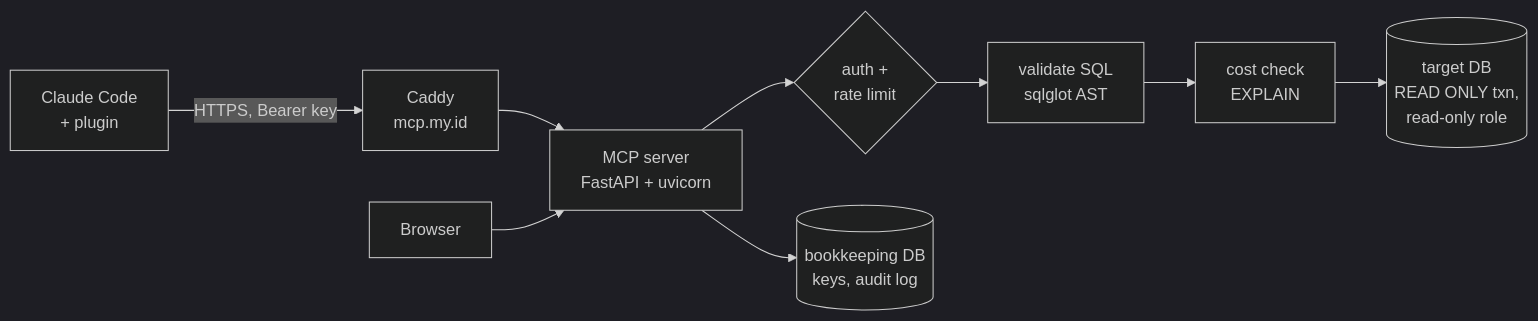
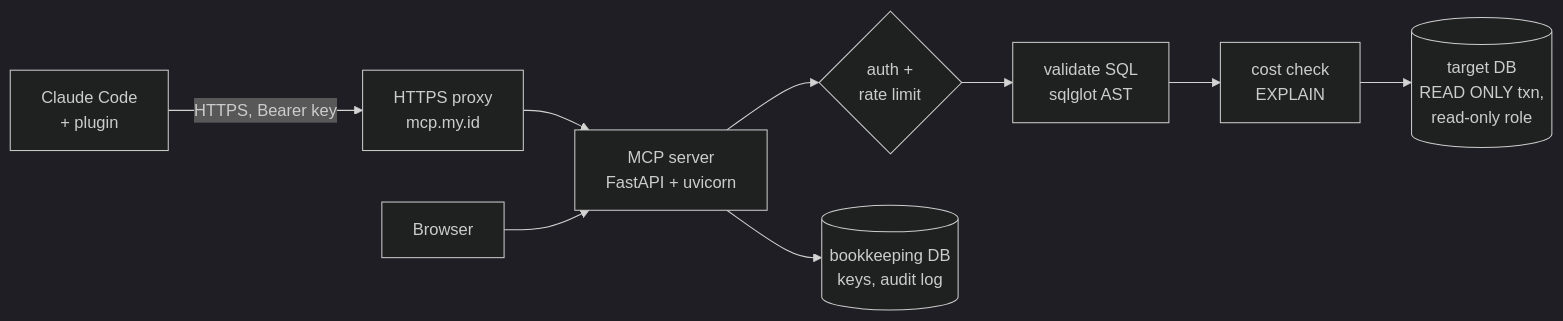
One commit to NabilRobert/MCP-backbone changed the diagram in README.md. Above: the diagram before and after it, drawn with Mermaid (dark theme). The commit also changed other lines of this file and 1 other file, not shown here.

````diff
--- a/README.md
+++ b/README.md
@@ -26,11 +19,11 @@
 ```mermaid
 flowchart LR
-    C[Claude Code<br/>+ plugin] -->|HTTPS, Bearer key| P[Caddy<br/>mcp.my.id]
+    C[Claude Code<br/>+ plugin] -->|HTTPS, Bearer key| P[HTTPS proxy<br/>mcp.my.id]
     P --> S[MCP server<br/>FastAPI + uvicorn]
     S --> A{auth +<br/>rate limit}
     A --> V[validate SQL<br/>sqlglot AST]
     V --> K[cost check<br/>EXPLAIN]
     K --> T[(target DB<br/>READ ONLY txn,<br/>read-only role)]
     S --> B[(bookkeeping DB<br/>keys, audit log)]
     U[Browser] --> S
 ```
````
